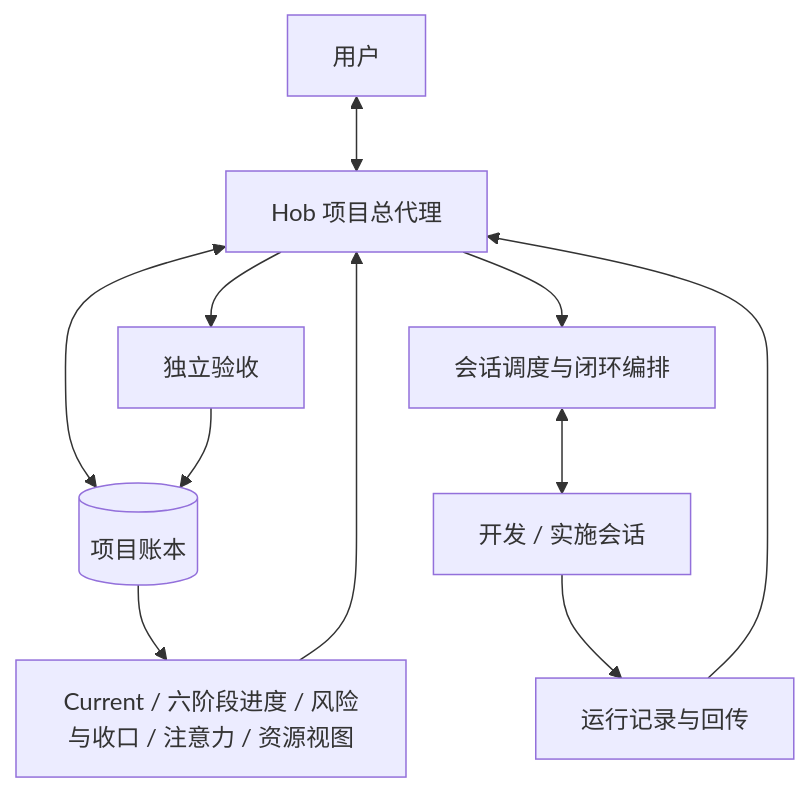
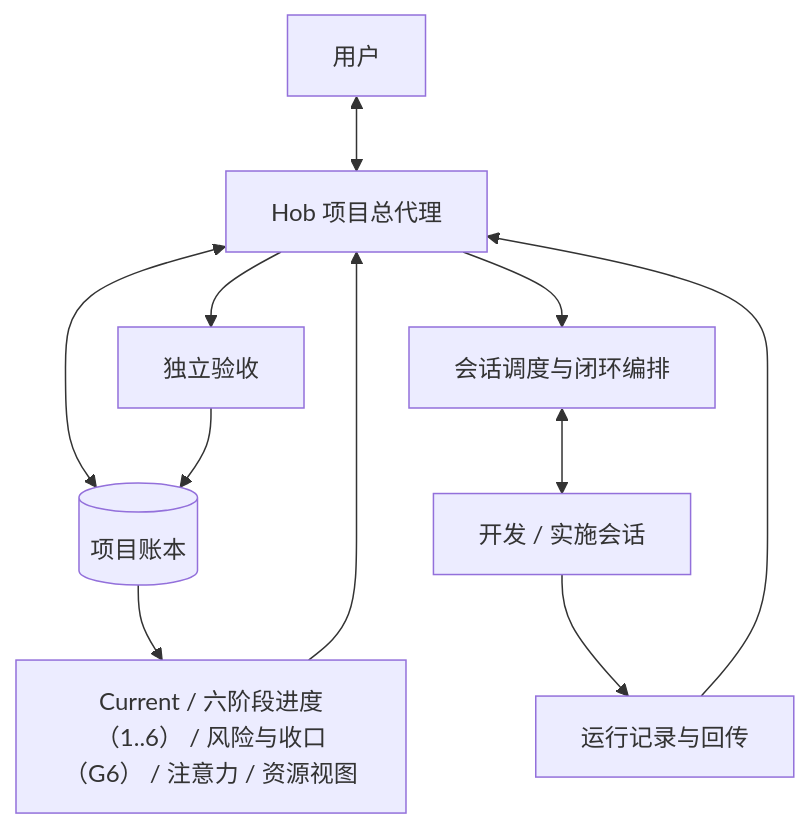
The first of 2 diagrams in kit/drafts/architecture-overview.md (Fishsb/DSH-HOB), drawn with Mermaid before and after one commit. The commit also changed other lines of this file and 26 other files, not shown here.

First line of the commit message:
feat(arch): 架构健康化——新增 check:architecture / check:judgement-index 两族判据 + 无状态读数拆分

````diff
--- a/kit/drafts/architecture-overview.md
+++ b/kit/drafts/architecture-overview.md
@@ -9,13 +15,13 @@
 ```mermaid
 flowchart TB
   User[用户] <--> Hob[Hob 项目总代理]
   Hob <--> Ledger[(项目账本)]
   Hob --> Dispatch[会话调度与闭环编排]
   Dispatch <--> Dev[开发 / 实施会话]
   Dev --> Result[运行记录与回传]
   Result --> Hob
   Hob --> Acceptance[独立验收]
   Acceptance --> Ledger
-  Ledger --> Views[Current / 六阶段进度 / 风险与收口 / 注意力 / 资源视图]
+  Ledger --> Views[Current / 六阶段进度（1..6） / 风险与收口（G6） / 注意力 / 资源视图]
   Views --> Hob
 ```
````
